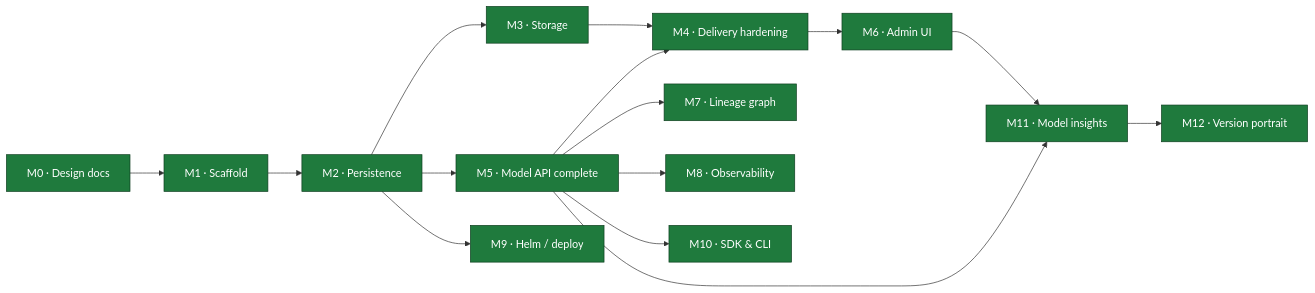
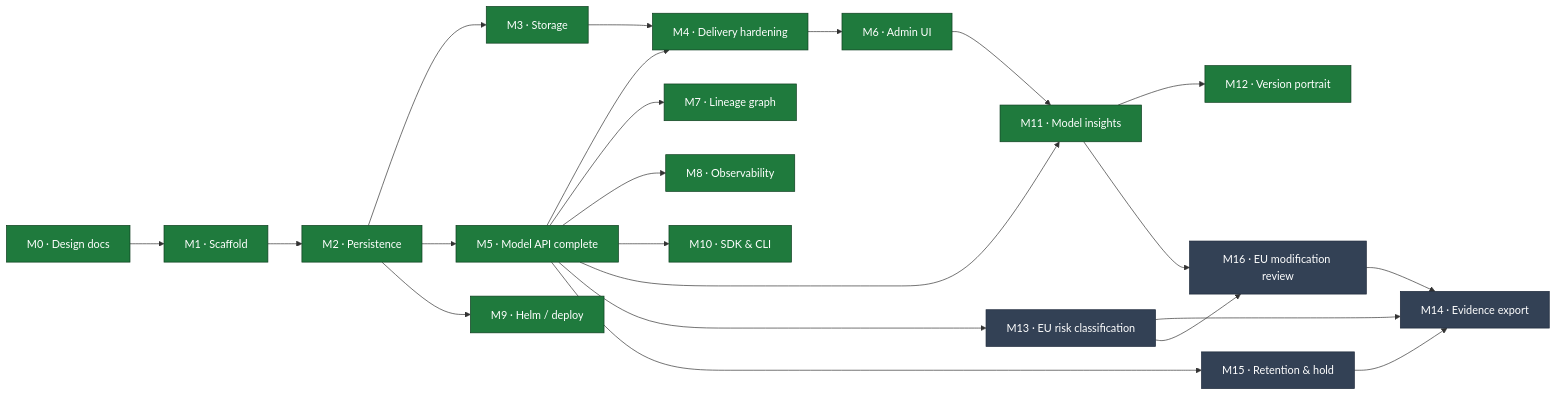
Before and after one commit to proseria-research/lineage: the diagram in MILESTONES.md, drawn with Mermaid. The commit also changed other lines of this file, not shown here.

````diff
--- a/MILESTONES.md
+++ b/MILESTONES.md
@@ -11,22 +11,31 @@
 ```mermaid
 flowchart LR
     M0["M0 · Design docs"] --> M1["M1 · Scaffold"]
     M1 --> M2["M2 · Persistence"]
     M2 --> M3["M3 · Storage"]
     M2 --> M5["M5 · Model API complete"]
     M3 --> M4["M4 · Delivery hardening"]
     M5 --> M4
     M5 --> M7["M7 · Lineage graph"]
     M4 --> M6["M6 · Admin UI"]
     M5 --> M8["M8 · Observability"]
     M2 --> M9["M9 · Helm / deploy"]
     M5 --> M10["M10 · SDK & CLI"]
     M5 --> M11["M11 · Model insights"]
     M6 --> M11
     M11 --> M12["M12 · Version portrait"]
 
+    M5 --> M13["M13 · EU risk classification"]
+    M13 --> M14["M14 · Evidence export"]
+    M13 --> M16["M16 · EU modification review"]
+    M11 --> M16
+    M16 --> M14
+    M5 --> M15["M15 · Retention &amp; hold"]
+    M15 --> M14
+
     classDef done fill:#1f7a3d,stroke:#0d3d1e,color:#fff;
     classDef active fill:#b45309,stroke:#7c3a06,color:#fff;
     classDef todo fill:#334155,stroke:#1e293b,color:#fff;
     class M0,M1,M2,M3,M4,M5,M6,M7,M8,M9,M10,M11,M12 done;
+    class M13,M14,M15,M16 todo;
 ```
````
